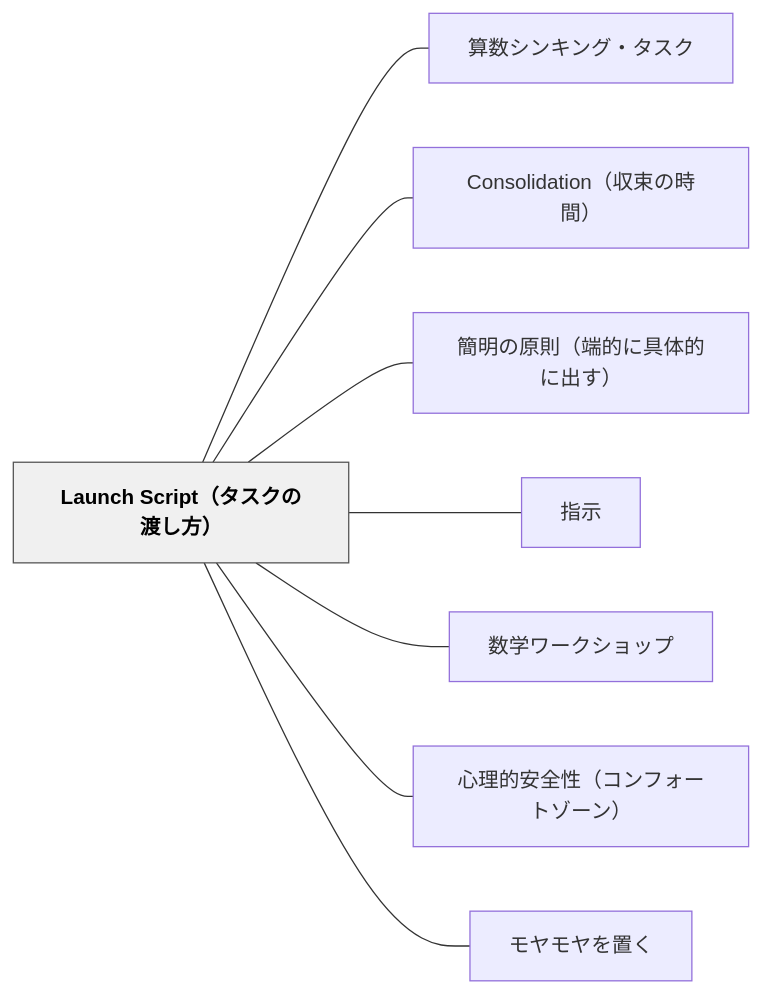
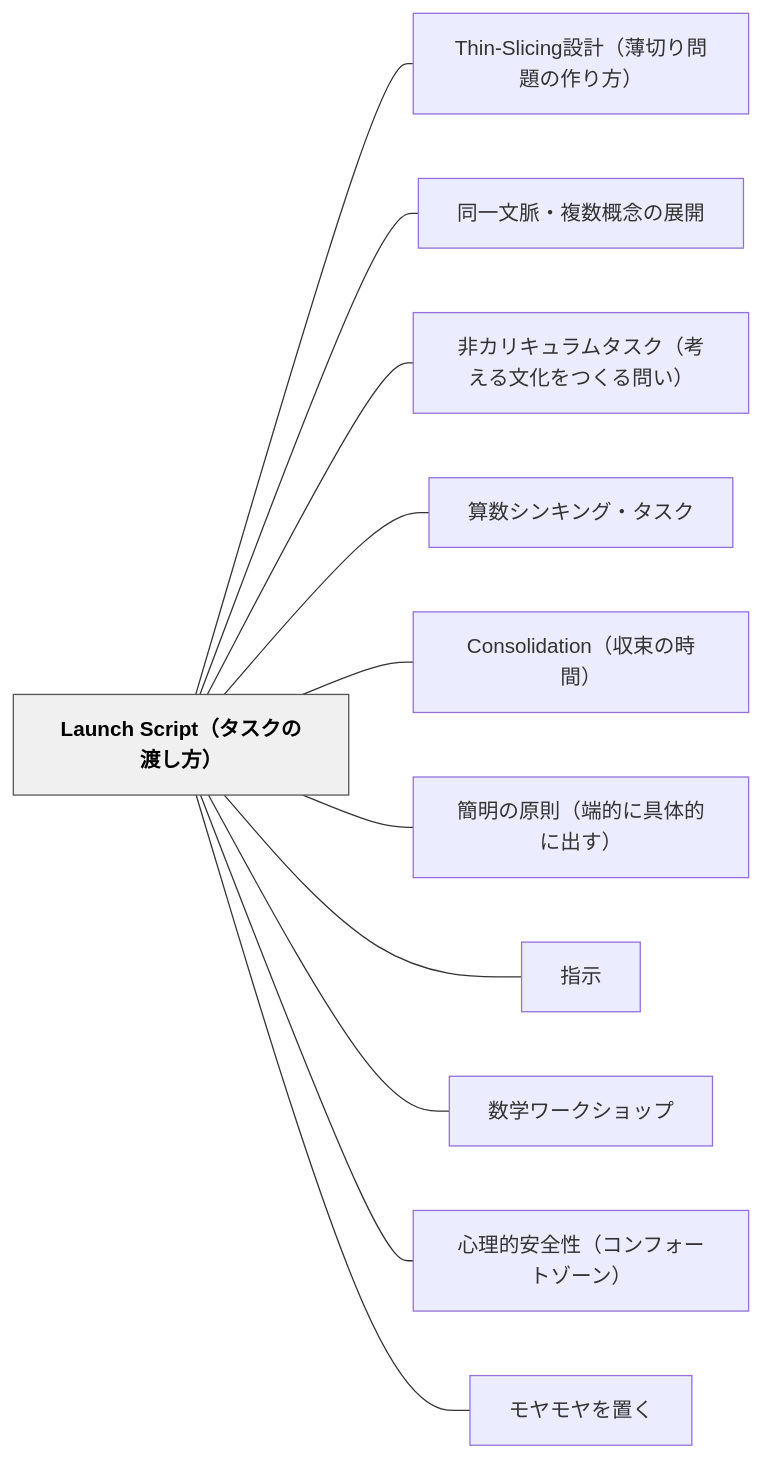
One commit to unknownthings-ed-patterns/unknownthings-ed-patterns changed the diagram in content/パタン/Launch Script（タスクの渡し方）.md. Above: the diagram before and after it, drawn with Mermaid. The commit also changed other lines of this file and 473 other files, not shown here.

````diff
--- a/content/パタン/Launch Script（タスクの渡し方）.md
+++ b/content/パタン/Launch Script（タスクの渡し方）.md
@@ -180,22 +183,28 @@
 ```mermaid
 flowchart LR
     n4c61756e6368["Launch Script（タスクの渡し方）"]
+    n5468696e2d53["Thin-Slicing設計（薄切り問題の作り方）"]
+    ne5908ce4b880["同一文脈・複数概念の展開"]
+    ne99d9ee382ab["非カリキュラムタスク（考える文化をつくる問い）"]
     ne7ae97e695b0["算数シンキング・タスク"]
     n436f6e736f6c["Consolidation（収束の時間）"]
     ne7b0a1e6988e["簡明の原則（端的に具体的に出す）"]
     ne68c87e7a4ba["指示"]
     ne695b0e5ada6["数学ワークショップ"]
     ne5bf83e79086["心理的安全性（コンフォートゾーン）"]
     ne383a2e383a4["モヤモヤを置く"]
 
+    n4c61756e6368 --- n5468696e2d53
+    n4c61756e6368 --- ne5908ce4b880
+    n4c61756e6368 --- ne99d9ee382ab
     n4c61756e6368 --- ne7ae97e695b0
     n4c61756e6368 --- n436f6e736f6c
     n4c61756e6368 --- ne7b0a1e6988e
     n4c61756e6368 --- ne68c87e7a4ba
     n4c61756e6368 --- ne695b0e5ada6
     n4c61756e6368 --- ne5bf83e79086
     n4c61756e6368 --- ne383a2e383a4
 
     classDef hub fill:#f0f0f0,stroke:#555,color:#000,font-weight:bold
     class n4c61756e6368 hub
 ```
````
